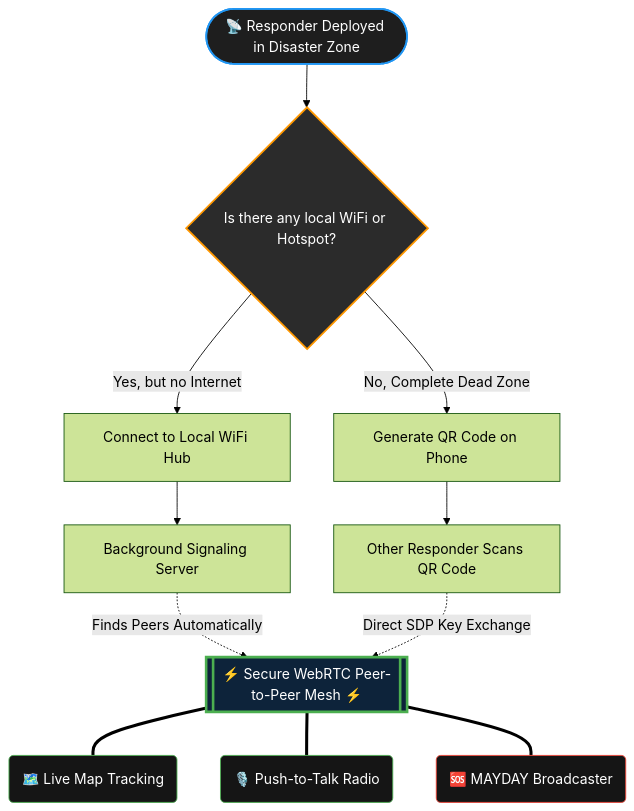
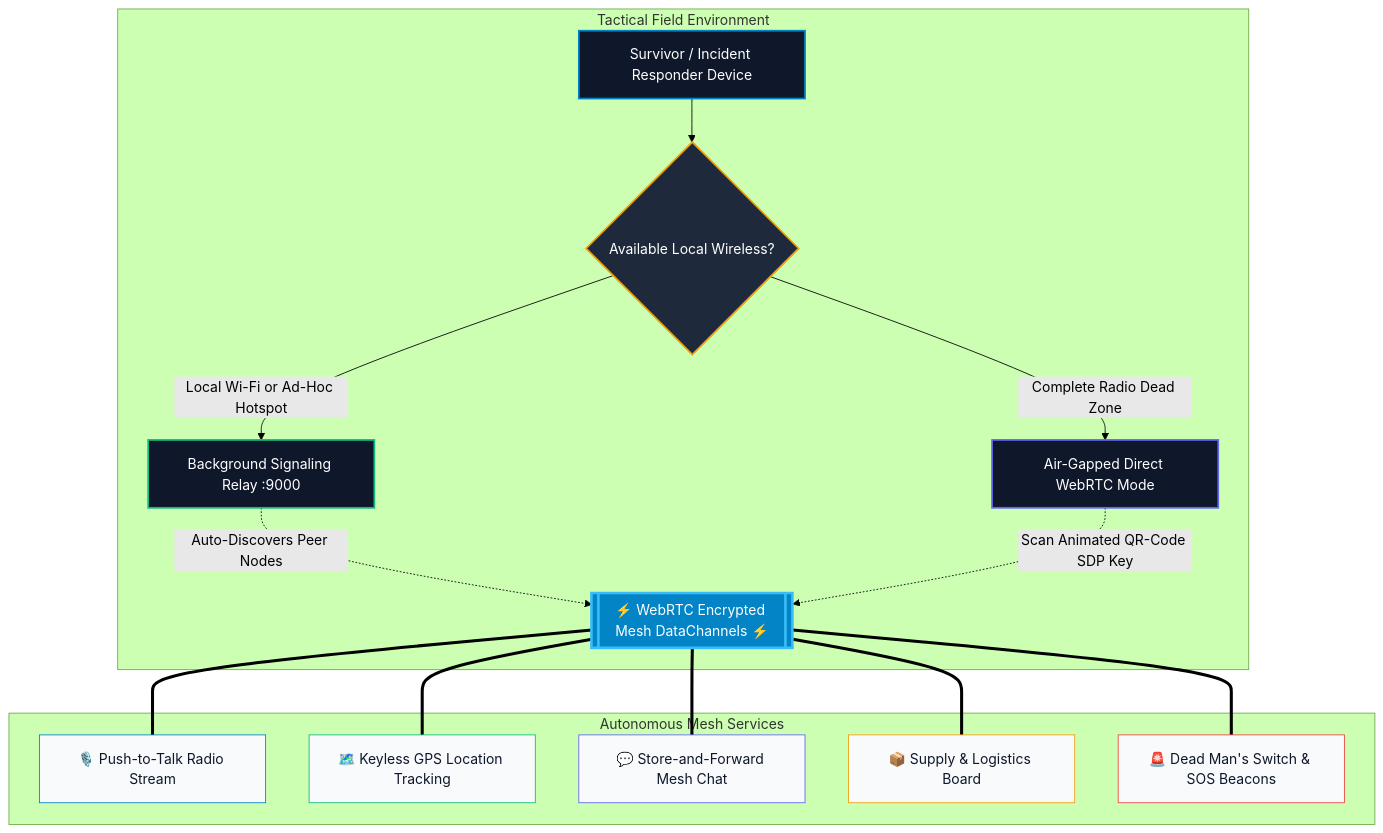
Before and after one commit to eshwarshetty06-creator/ResQMesh: the diagram in README.md, drawn with Mermaid (forest theme). The commit also changed other lines of this file and 11 other files, not shown here.

Commit message:
feat: upgrade to v2.4 Commercial Web Edition with modern light UI, interactive mesh simulator, and cleanup mobile artifacts

````diff
--- a/README.md
+++ b/README.md
@@ -36,26 +79,31 @@
 ```mermaid
 flowchart TD
-    Start([📡 Responder Deployed in Disaster Zone]) --> Condition{Is there any local WiFi or Hotspot?}
-    
-    Condition -->|Yes, but no Internet| Route1[Connect to Local WiFi Hub]
-    Condition -->|No, Complete Dead Zone| Route2[Generate QR Code on Phone]
-    
-    Route1 --> Discovery[Background Signaling Server]
-    Discovery -. "Finds Peers Automatically" .-> WebRTC
-    
-    Route2 --> Scan[Other Responder Scans QR Code]
-    Scan -. "Direct SDP Key Exchange" .-> WebRTC
-    
-    WebRTC[[⚡ Secure WebRTC Peer-to-Peer Mesh ⚡]]
-    
-    WebRTC === Feature1(🗺️ Live Map Tracking)
-    WebRTC === Feature2(🎙️ Push-to-Talk Radio)
-    WebRTC === Feature3(🆘 MAYDAY Broadcaster)
-    
-    style Start fill:#1e1e1e,stroke:#2196F3,stroke-width:2px,color:#fff
-    style Condition fill:#2b2b2b,stroke:#FF9800,stroke-width:2px,color:#fff
-    style WebRTC fill:#0d233a,stroke:#4CAF50,stroke-width:3px,color:#fff
-    style Feature1 fill:#151515,stroke:#4CAF50,color:#fff
-    style Feature2 fill:#151515,stroke:#4CAF50,color:#fff
-    style Feature3 fill:#151515,stroke:#f44336,color:#fff
+    subgraph Tactical Field Environment
+        A[Survivor / Incident Responder Device] --> B{Available Local Wireless?}
+        
+        B -->|Local Wi-Fi or Ad-Hoc Hotspot| C[Background Signaling Relay :9000]
+        B -->|Complete Radio Dead Zone| D[Air-Gapped Direct WebRTC Mode]
+        
+        C -. "Auto-Discovers Peer Nodes" .-> E[[⚡ WebRTC Encrypted Mesh DataChannels ⚡]]
+        D -. "Scan Animated QR-Code SDP Key" .-> E
+    end
+
+    subgraph Autonomous Mesh Services
+        E === F[🎙️ Push-to-Talk Radio Stream]
+        E === G[🗺️ Keyless GPS Location Tracking]
+        E === H[💬 Store-and-Forward Mesh Chat]
+        E === I[📦 Supply & Logistics Board]
+        E === J[🚨 Dead Man's Switch & SOS Beacons]
+    end
+
+    style A fill:#0F172A,stroke:#0284C7,stroke-width:2px,color:#fff
+    style B fill:#1E293B,stroke:#F59E0B,stroke-width:2px,color:#fff
+    style C fill:#0F172A,stroke:#10B981,stroke-width:2px,color:#fff
+    style D fill:#0F172A,stroke:#6366F1,stroke-width:2px,color:#fff
+    style E fill:#0284C7,stroke:#38BDF8,stroke-width:3px,color:#fff
+    style F fill:#F8FAFC,stroke:#0284C7,color:#0F172A
+    style G fill:#F8FAFC,stroke:#10B981,color:#0F172A
+    style H fill:#F8FAFC,stroke:#6366F1,color:#0F172A
+    style I fill:#F8FAFC,stroke:#F59E0B,color:#0F172A
+    style J fill:#F8FAFC,stroke:#EF4444,color:#0F172A
 ```
````
